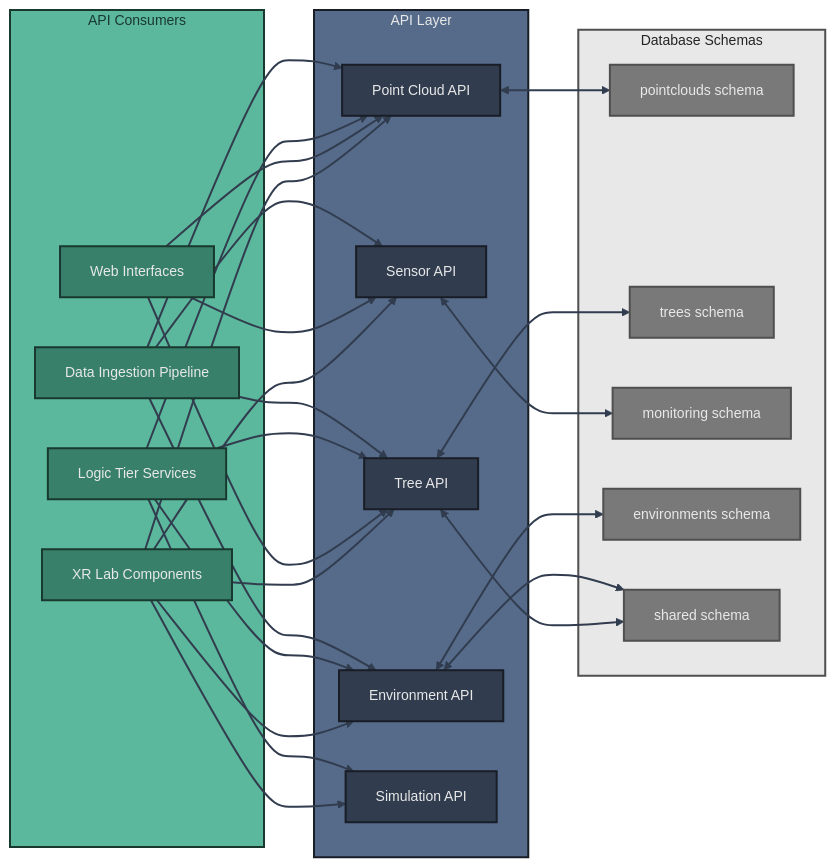
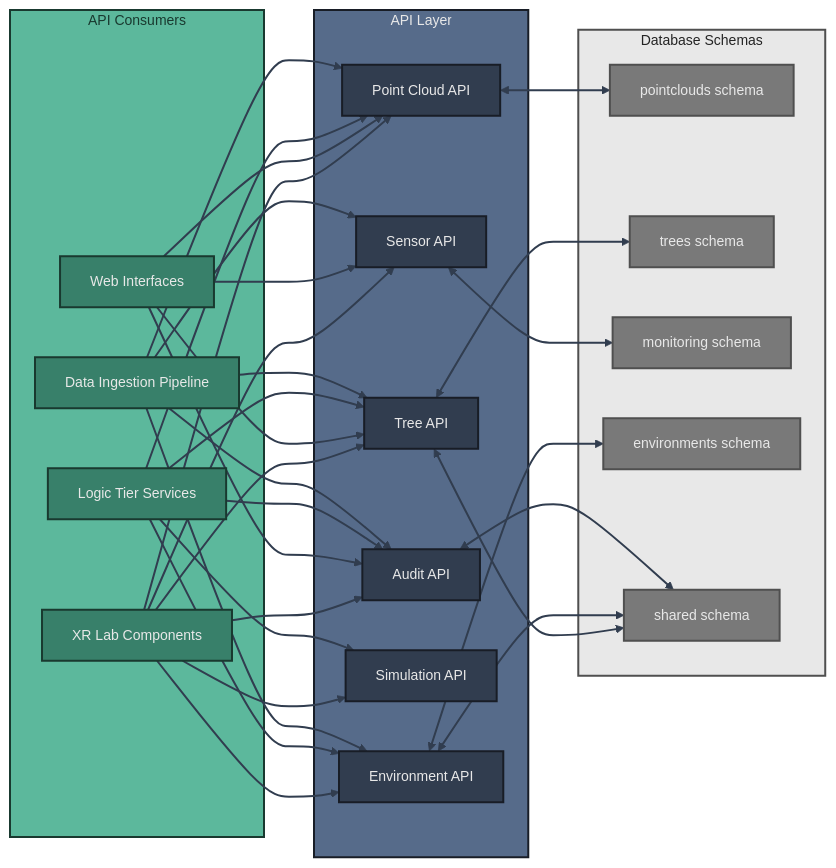
Before and after one commit to XRFutureForests/digital-twin-db: the diagram in docs/architecture/api.md, drawn with Mermaid. The commit also changed other lines of this file and 3 other files, not shown here.

````diff
--- a/docs/architecture/api.md
+++ b/docs/architecture/api.md
@@ -22,6 +22,7 @@
 API3[Sensor API]  
 API4[Environment API]
 API5[Simulation API]
+API6[Audit API]
 end
 
 subgraph SCHEMAS["Database Schemas"]
@@ -45,23 +46,28 @@
 API4 <--> SC4
 API2 <--> SC5
 API4 <--> SC5
+API6 <--> SC5
 
 C1 --> API1
 C1 --> API2
 C1 --> API3
 C1 --> API4
 C1 --> API5
+C1 --> API6
 C2 --> API1
 C2 --> API2
 C2 --> API3
+C2 --> API6
 C3 --> API1
 C3 --> API2
 C3 --> API4
 C3 --> API5
+C3 --> API6
 C4 --> API1
 C4 --> API2
 C4 --> API3
 C4 --> API4
+C4 --> API6
 
 %% Subgraph styling
 classDef apiLayer fill:#566b8a,stroke:#181d26,stroke-width:2px,color:#e8e8e8
@@ -74,11 +80,11 @@
 classDef consumerNode fill:#38806a,stroke:#19392f,stroke-width:2px,color:#e8e8e8
 
 class API_LAYER apiLayer
-class API1,API2,API3,API4,API5 apiNode
+class API1,API2,API3,API4,API5,API6 apiNode
 class SCHEMAS schemaLayer
 class SC1,SC2,SC3,SC4,SC5 schemaNode
 class CONSUMERS consumerLayer
 class C1,C2,C3,C4 consumerNode
 
-linkStyle 0,1,2,3,4,5,6,7,8,9,10,11,12,13,14,15,16,17,18,19,20,21 stroke:#313D4F,stroke-width:2px
+linkStyle 0,1,2,3,4,5,6,7,8,9,10,11,12,13,14,15,16,17,18,19,20,21,22,23,24,25,26 stroke:#313D4F,stroke-width:2px
 ```
````
